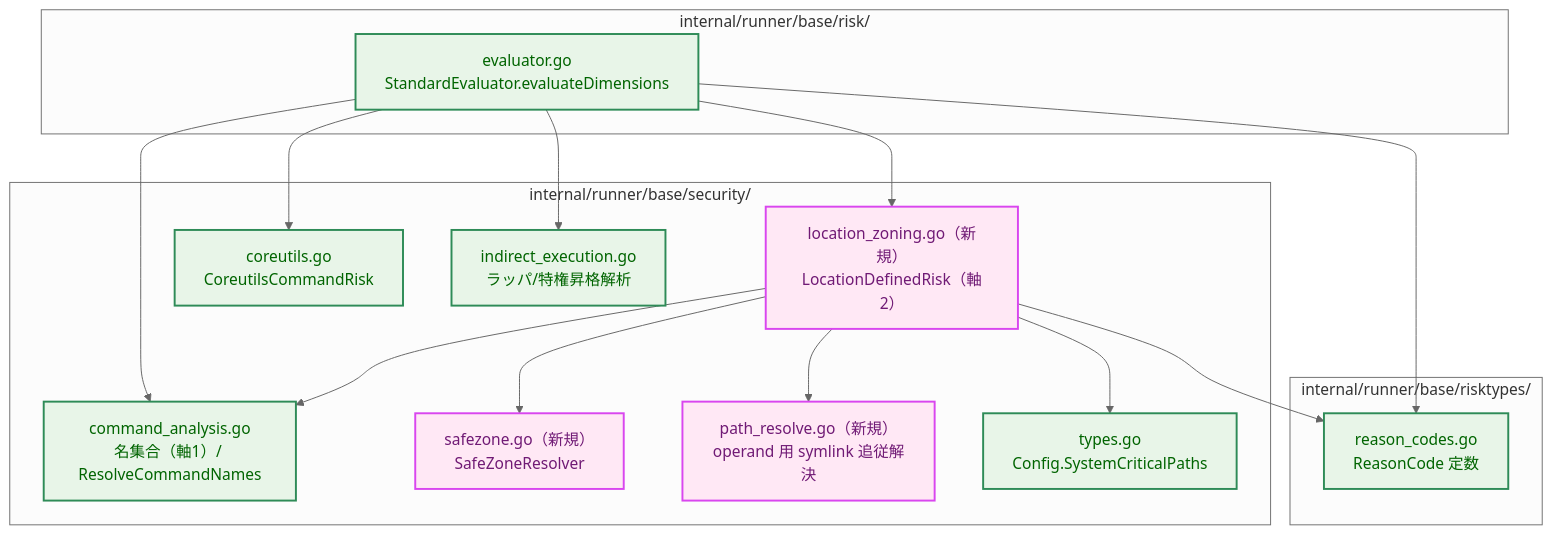
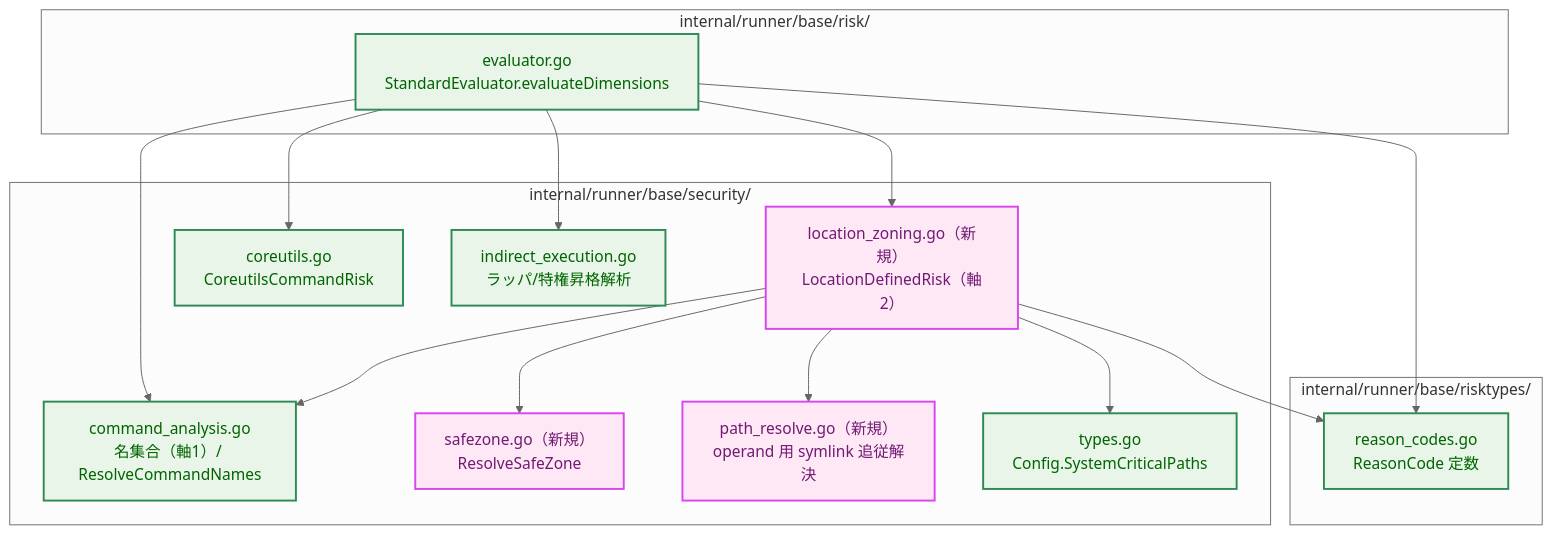
One commit to isseis/go-safe-cmd-runner changed the second of 6 diagrams in docs/tasks/0140_risk_level_classification_review/02_architecture.md. Above: the diagram before and after it, drawn with Mermaid (neutral theme). The commit also changed other lines of this file, not shown here.

````diff
--- a/docs/tasks/0140_risk_level_classification_review/02_architecture.md
+++ b/docs/tasks/0140_risk_level_classification_review/02_architecture.md
@@ -86,37 +86,37 @@
 ```mermaid
 graph TB
     classDef enhanced fill:#e8f5e8,stroke:#2e8b57,stroke-width:2px,color:#006400;
     classDef newpkg fill:#ffe8f5,stroke:#d946ef,stroke-width:2px,color:#701a75;
 
     subgraph risk ["internal/runner/base/risk/"]
         EV["evaluator.go<br>StandardEvaluator.evaluateDimensions"]
     end
 
     subgraph sec ["internal/runner/base/security/"]
         CA["command_analysis.go<br>名集合（軸1）/ ResolveCommandNames"]
         LZ["location_zoning.go（新規）<br>LocationDefinedRisk（軸2）"]
-        SZ["safezone.go（新規）<br>SafeZoneResolver"]
+        SZ["safezone.go（新規）<br>ResolveSafeZone"]
         PR["path_resolve.go（新規）<br>operand 用 symlink 追従解決"]
         CU["coreutils.go<br>CoreutilsCommandRisk"]
         IE["indirect_execution.go<br>ラッパ/特権昇格解析"]
         TY["types.go<br>Config.SystemCriticalPaths"]
     end
 
     subgraph rtypes ["internal/runner/base/risktypes/"]
         RC["reason_codes.go<br>ReasonCode 定数"]
     end
 
     EV --> CA
     EV --> LZ
     EV --> CU
     EV --> IE
     LZ --> SZ
     LZ --> PR
     LZ --> CA
     LZ --> TY
     EV --> RC
     LZ --> RC
 
     class CA,CU,IE,EV,TY,RC enhanced
     class LZ,SZ,PR newpkg
 ```
````
